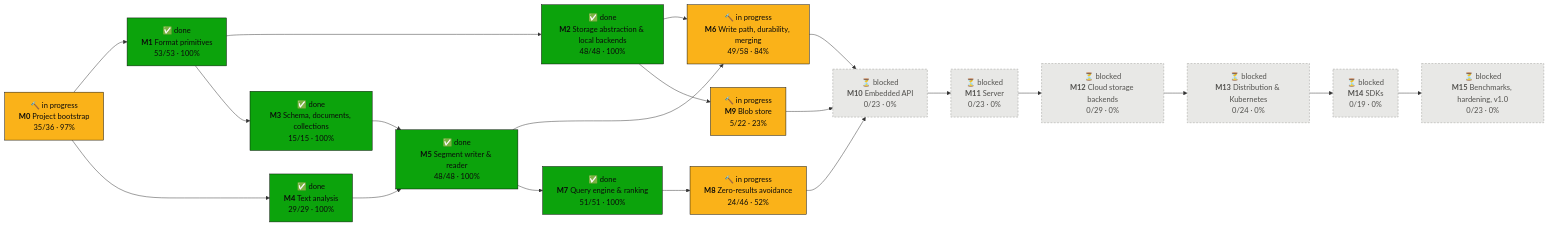
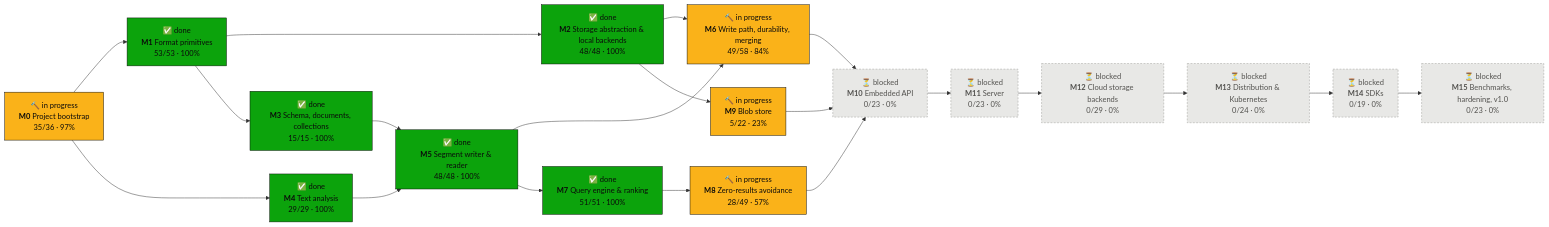
Before and after one commit to tomiok/persiaDB: the first of 2 diagrams in PROGRESS.md, drawn with Mermaid. The commit also changed other lines of this file and 46 other files, not shown here.

First line of the commit message:
Relaxation controls and typo tiers: relax options, fill, explain's relaxed node, tier steps (ROADMAP 8.3.1, 8.3.2, 8.3.4, 8.2.7) (#97)

````diff
--- a/PROGRESS.md
+++ b/PROGRESS.md
@@ -16,42 +16,42 @@
 ```mermaid
 flowchart LR
   M0["🔨 in progress<br/><b>M0</b> Project bootstrap<br/>35/36 · 97%"]:::doing
   M1["✅ done<br/><b>M1</b> Format primitives<br/>53/53 · 100%"]:::done
   M2["✅ done<br/><b>M2</b> Storage abstraction & local backends<br/>48/48 · 100%"]:::done
   M3["✅ done<br/><b>M3</b> Schema, documents, collections<br/>15/15 · 100%"]:::done
   M4["✅ done<br/><b>M4</b> Text analysis<br/>29/29 · 100%"]:::done
   M5["✅ done<br/><b>M5</b> Segment writer & reader<br/>48/48 · 100%"]:::done
   M6["🔨 in progress<br/><b>M6</b> Write path, durability, merging<br/>49/58 · 84%"]:::doing
   M7["✅ done<br/><b>M7</b> Query engine & ranking<br/>51/51 · 100%"]:::done
-  M8["🔨 in progress<br/><b>M8</b> Zero-results avoidance<br/>24/46 · 52%"]:::doing
+  M8["🔨 in progress<br/><b>M8</b> Zero-results avoidance<br/>28/49 · 57%"]:::doing
   M9["🔨 in progress<br/><b>M9</b> Blob store<br/>5/22 · 23%"]:::doing
   M10["⏳ blocked<br/><b>M10</b> Embedded API<br/>0/23 · 0%"]:::blocked
   M11["⏳ blocked<br/><b>M11</b> Server<br/>0/23 · 0%"]:::blocked
   M12["⏳ blocked<br/><b>M12</b> Cloud storage backends<br/>0/29 · 0%"]:::blocked
   M13["⏳ blocked<br/><b>M13</b> Distribution & Kubernetes<br/>0/24 · 0%"]:::blocked
   M14["⏳ blocked<br/><b>M14</b> SDKs<br/>0/19 · 0%"]:::blocked
   M15["⏳ blocked<br/><b>M15</b> Benchmarks, hardening, v1.0<br/>0/23 · 0%"]:::blocked
   M0 --> M1
   M1 --> M2
   M1 --> M3
   M0 --> M4
   M3 --> M5
   M4 --> M5
   M2 --> M6
   M5 --> M6
   M5 --> M7
   M7 --> M8
   M2 --> M9
   M6 --> M10
   M8 --> M10
   M9 --> M10
   M10 --> M11
   M11 --> M12
   M12 --> M13
   M13 --> M14
   M14 --> M15
   classDef done fill:#0ca30c,stroke:#0b0b0b,color:#0b0b0b
   classDef doing fill:#fab219,stroke:#0b0b0b,color:#0b0b0b
   classDef ready fill:#fcfcfb,stroke:#0b0b0b,stroke-width:2px,color:#0b0b0b
   classDef blocked fill:#e8e8e6,stroke:#9a9a96,stroke-dasharray:4 3,color:#52514e
 ```
````
